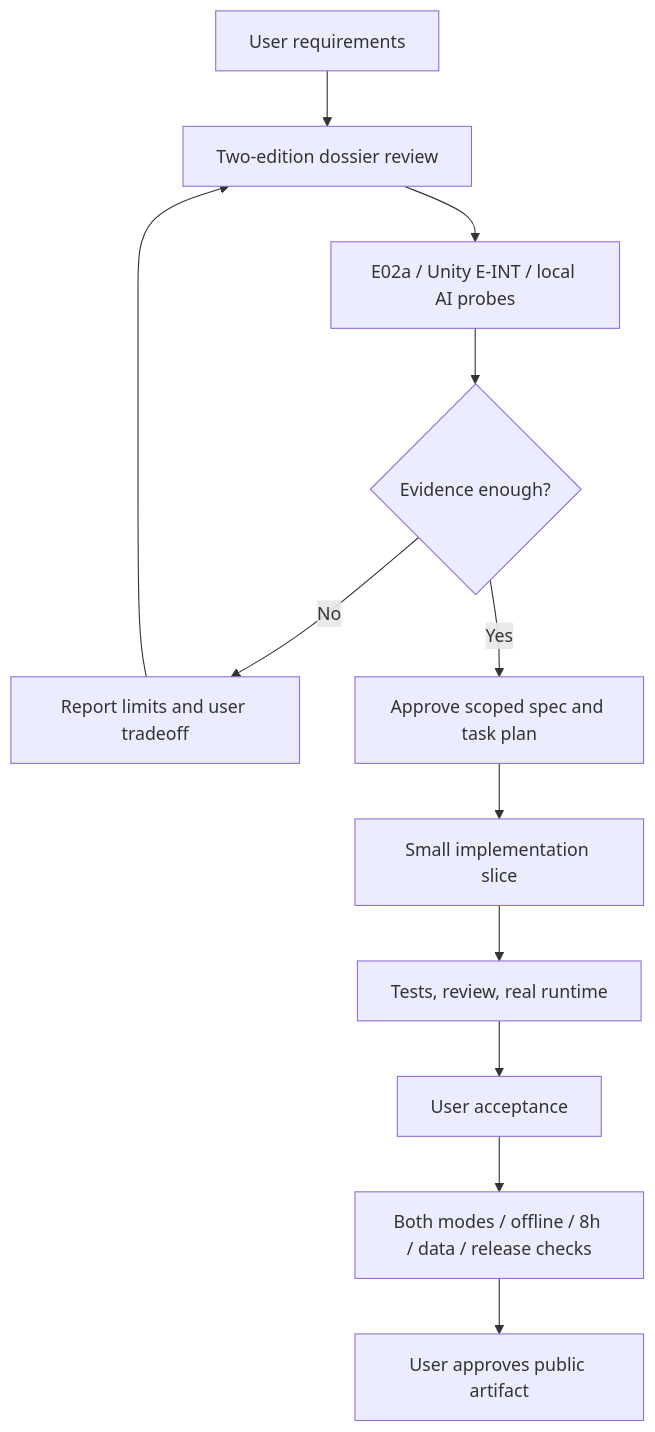
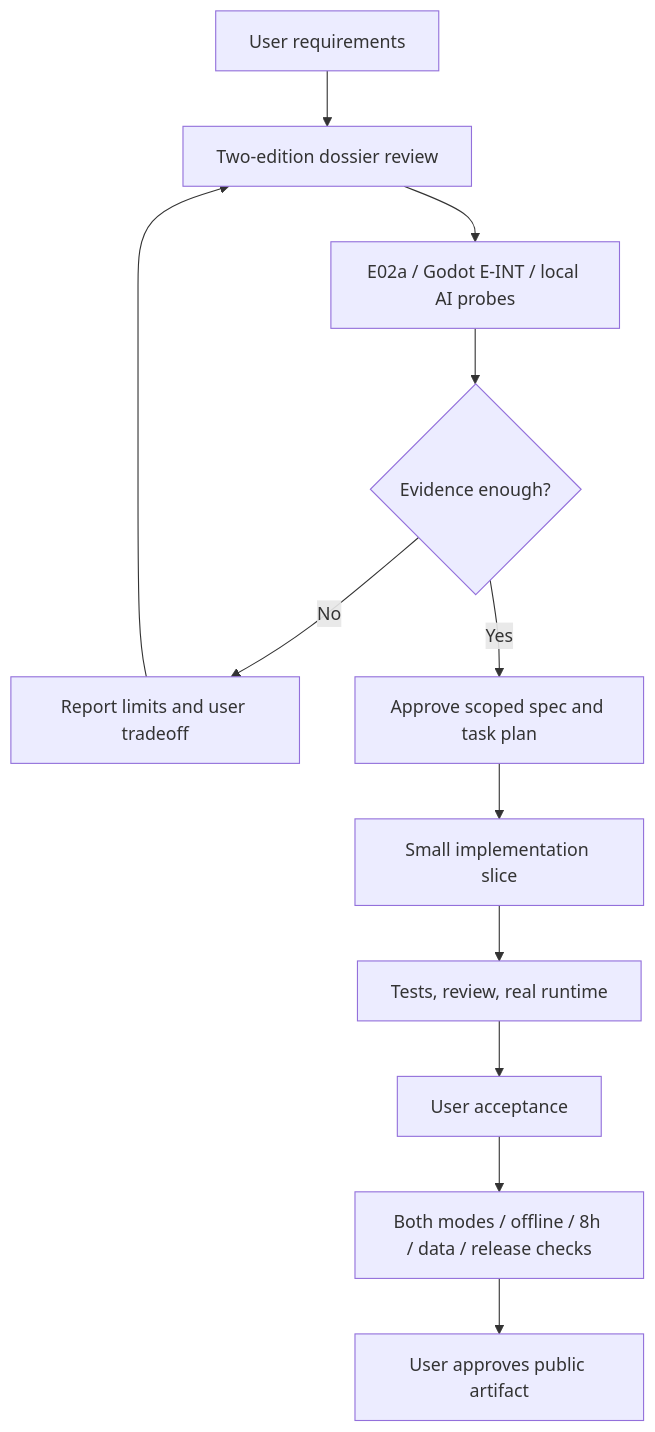
One commit to Play-with-me/NYUA changed the tenth of 15 diagrams in docs/product/diagrams/ATLAS.md. Above: the diagram before and after it, drawn with Mermaid. The commit also changed other lines of this file and 65 other files, not shown here.

Commit message:
docs: migrate renderer documentation and registry from Unity to Godot Engine

````diff
--- a/docs/product/diagrams/ATLAS.md
+++ b/docs/product/diagrams/ATLAS.md
@@ -174,14 +174,14 @@
 ```mermaid
 flowchart TD
  Interview["User requirements"] --> Baseline["Two-edition dossier review"]
- Baseline --> Probes["E02a / Unity E-INT / local AI probes"]
+ Baseline --> Probes["E02a / Godot E-INT / local AI probes"]
  Probes --> Decision{"Evidence enough?"}
  Decision -->|"No"| Review["Report limits and user tradeoff"]
  Review --> Baseline
  Decision -->|"Yes"| Spec["Approve scoped spec and task plan"]
  Spec --> Build["Small implementation slice"]
  Build --> Verify["Tests, review, real runtime"]
  Verify --> User["User acceptance"]
  User --> Integration["Both modes / offline / 8h / data / release checks"]
  Integration --> Release["User approves public artifact"]
 ```
````
